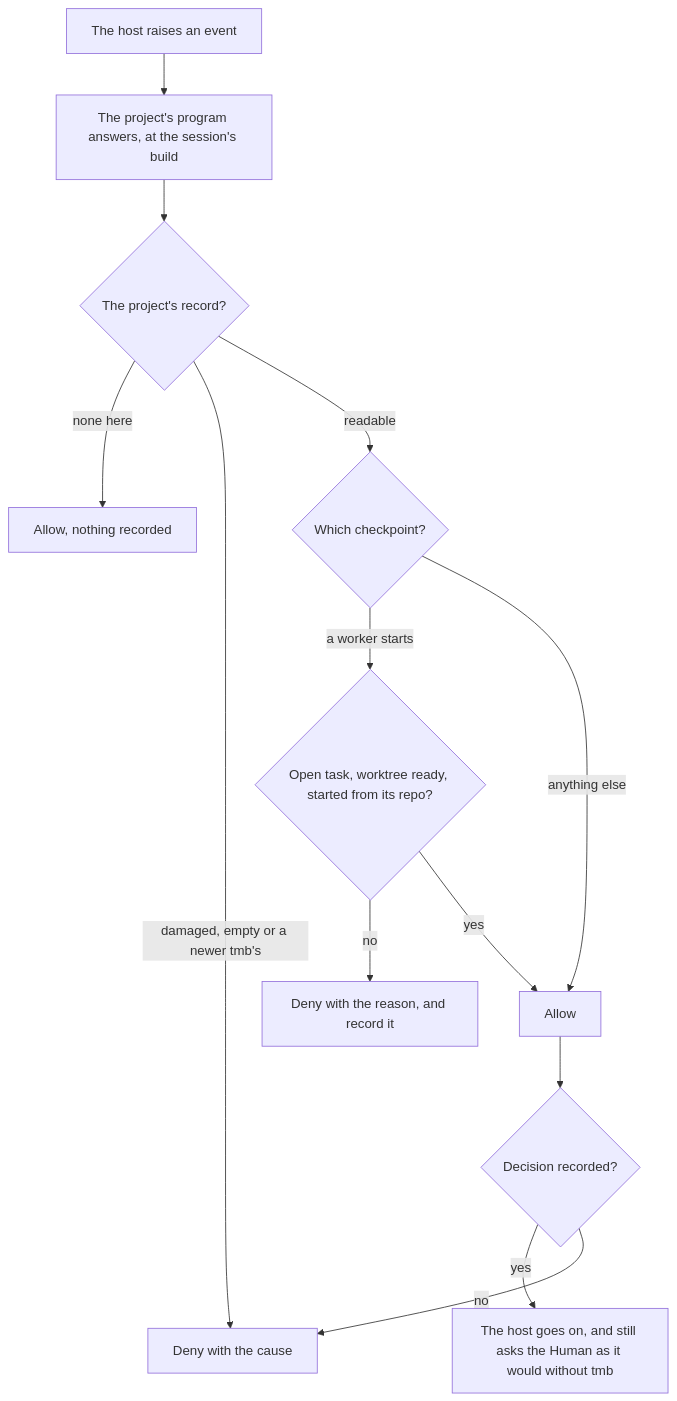
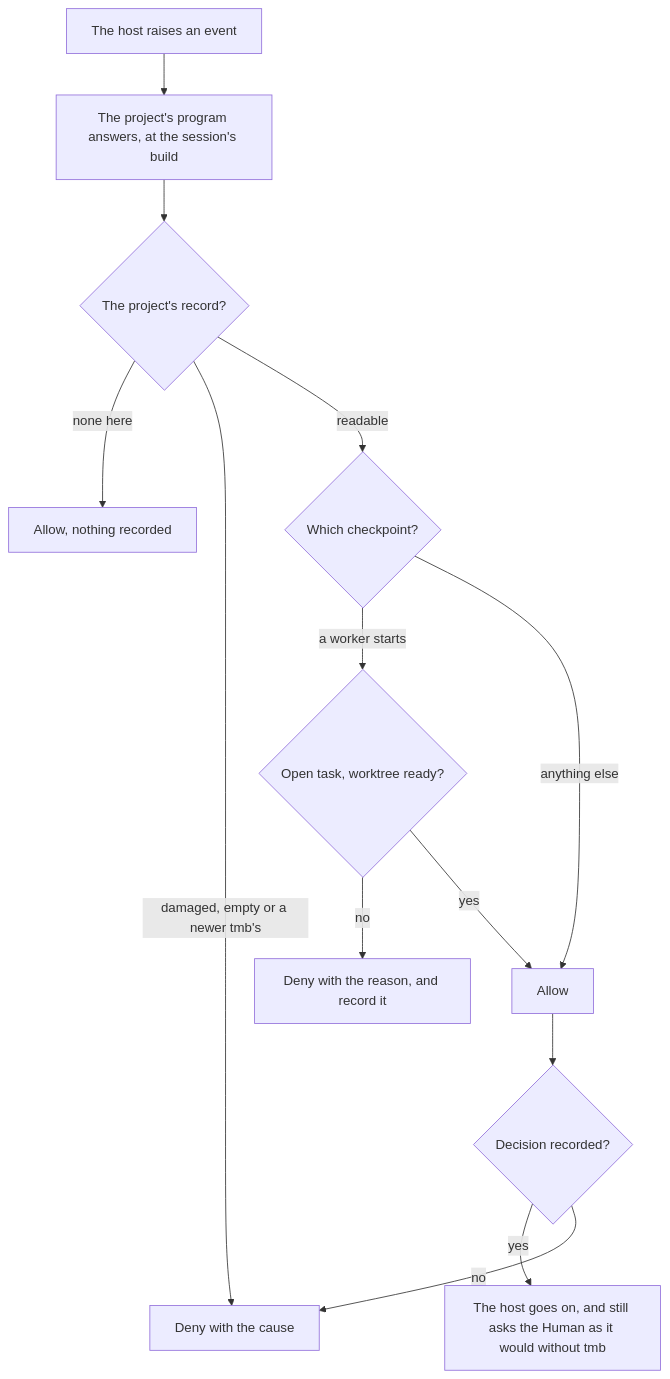
Before and after one commit to trustmybot/tmb: the third of 3 diagrams in docs/architecture/ENGINE.md, drawn with Mermaid. The commit also changed other lines of this file and 13 other files, not shown here.

````diff
--- a/docs/architecture/ENGINE.md
+++ b/docs/architecture/ENGINE.md
@@ -119,15 +119,15 @@
 ```mermaid
 flowchart TD
     A["The host raises an event"] --> B["The project's program answers, at the session's build"]
     B --> D{"The project's record?"}
     D -- none here --> SILENT2["Allow, nothing recorded"]
     D -- "damaged, empty or a newer tmb's" --> DENY2["Deny with the cause"]
     D -- readable --> E{"Which checkpoint?"}
-    E -- a worker starts --> F{"Open task, worktree ready, started from its repo?"}
+    E -- a worker starts --> F{"Open task, worktree ready?"}
     F -- no --> DENY["Deny with the reason, and record it"]
     F -- yes --> G
     E -- anything else --> G["Allow"]
     G --> H{"Decision recorded?"}
     H -- yes --> OK["The host goes on, and still asks the Human as it would without tmb"]
     H -- no --> DENY2
 ```
````
